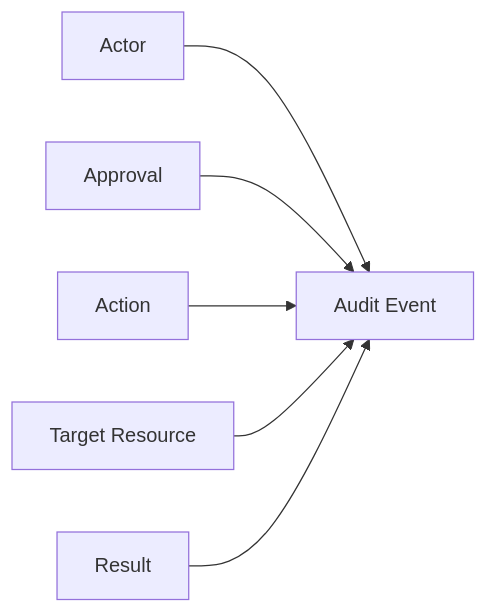
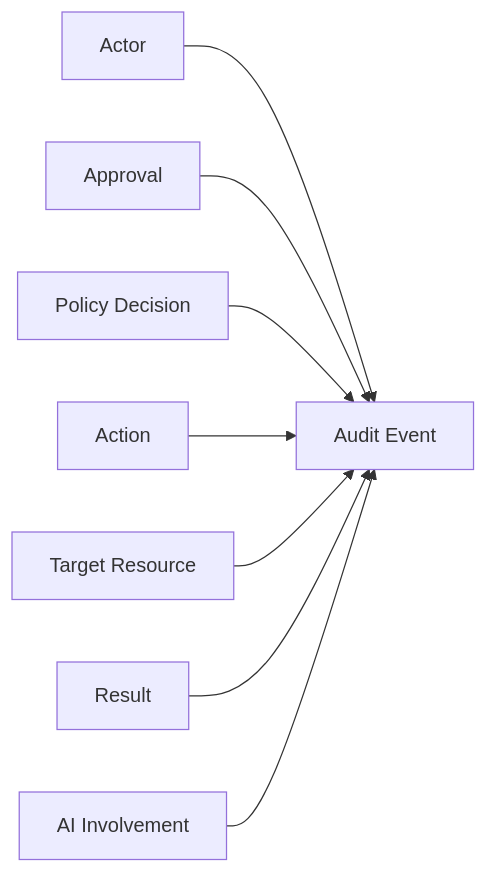
Before and after one commit to SinLess-Games/Aerealith: the fourth of 5 diagrams in docs/vision/Trust Model.md, drawn with Mermaid. The commit also changed other lines of this file and 1352 other files, not shown here.

````diff
--- a/docs/vision/Trust Model.md
+++ b/docs/vision/Trust Model.md
@@ -253,15 +766,19 @@
 ```mermaid
 flowchart LR
     Actor["Actor"]
     Approval["Approval"]
+    Policy["Policy Decision"]
     Action["Action"]
     Target["Target Resource"]
     Result["Result"]
+    AI["AI Involvement"]
     Audit["Audit Event"]
 
     Actor --> Audit
     Approval --> Audit
+    Policy --> Audit
     Action --> Audit
     Target --> Audit
     Result --> Audit
+    AI --> Audit
 ```
````
